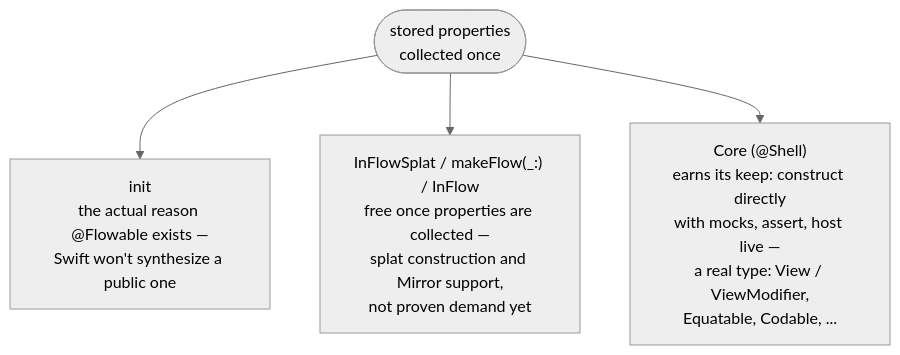
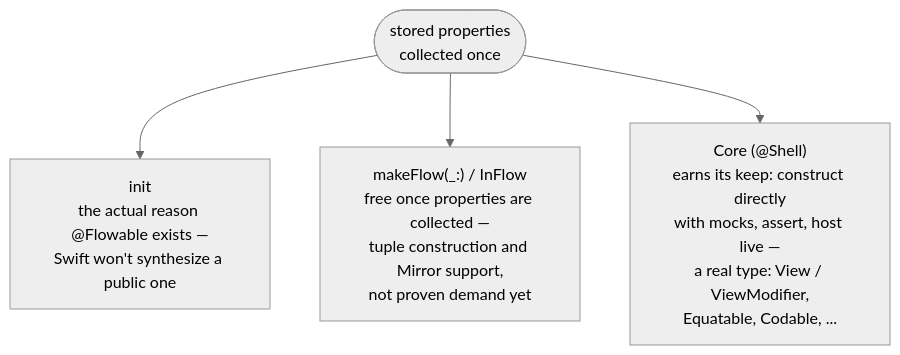
The third of 3 diagrams in README.md (sisoje/swift-core-flow), drawn with Mermaid (neutral theme) before and after one commit. The commit also changed other lines of this file and 9 other files, not shown here.

First line of the commit message:
makeFlow takes its unlabeled tuple inline; InFlow is the one named shape

````diff
--- a/README.md
+++ b/README.md
@@ -821,7 +823,7 @@
 ```mermaid
 flowchart TD
     props(["stored properties<br/>collected once"])
     props --> init["init<br/>the actual reason @Flowable exists —<br/>Swift won't synthesize a public one"]
-    props --> flow["InFlowSplat / makeFlow(_:) / InFlow<br/>free once properties are collected —<br/>splat construction and Mirror support,<br/>not proven demand yet"]
+    props --> flow["makeFlow(_:) / InFlow<br/>free once properties are collected —<br/>tuple construction and Mirror support,<br/>not proven demand yet"]
     props --> node["Core (@Shell)<br/>earns its keep: construct directly<br/>with mocks, assert, host live —<br/>a real type: View / ViewModifier,<br/>Equatable, Codable, ..."]
 ```
````
